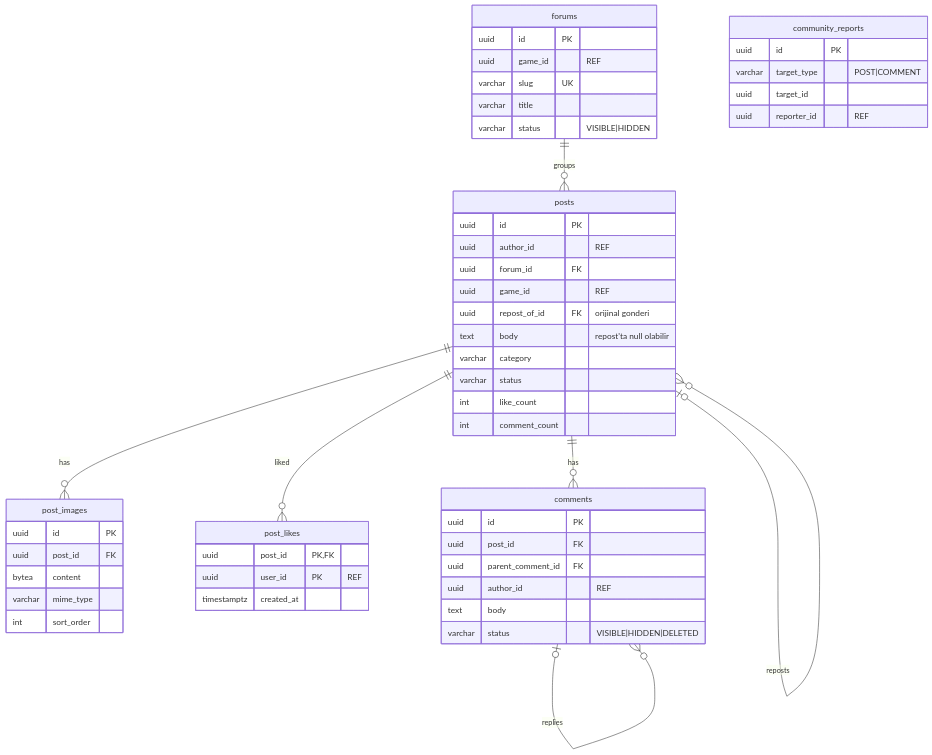
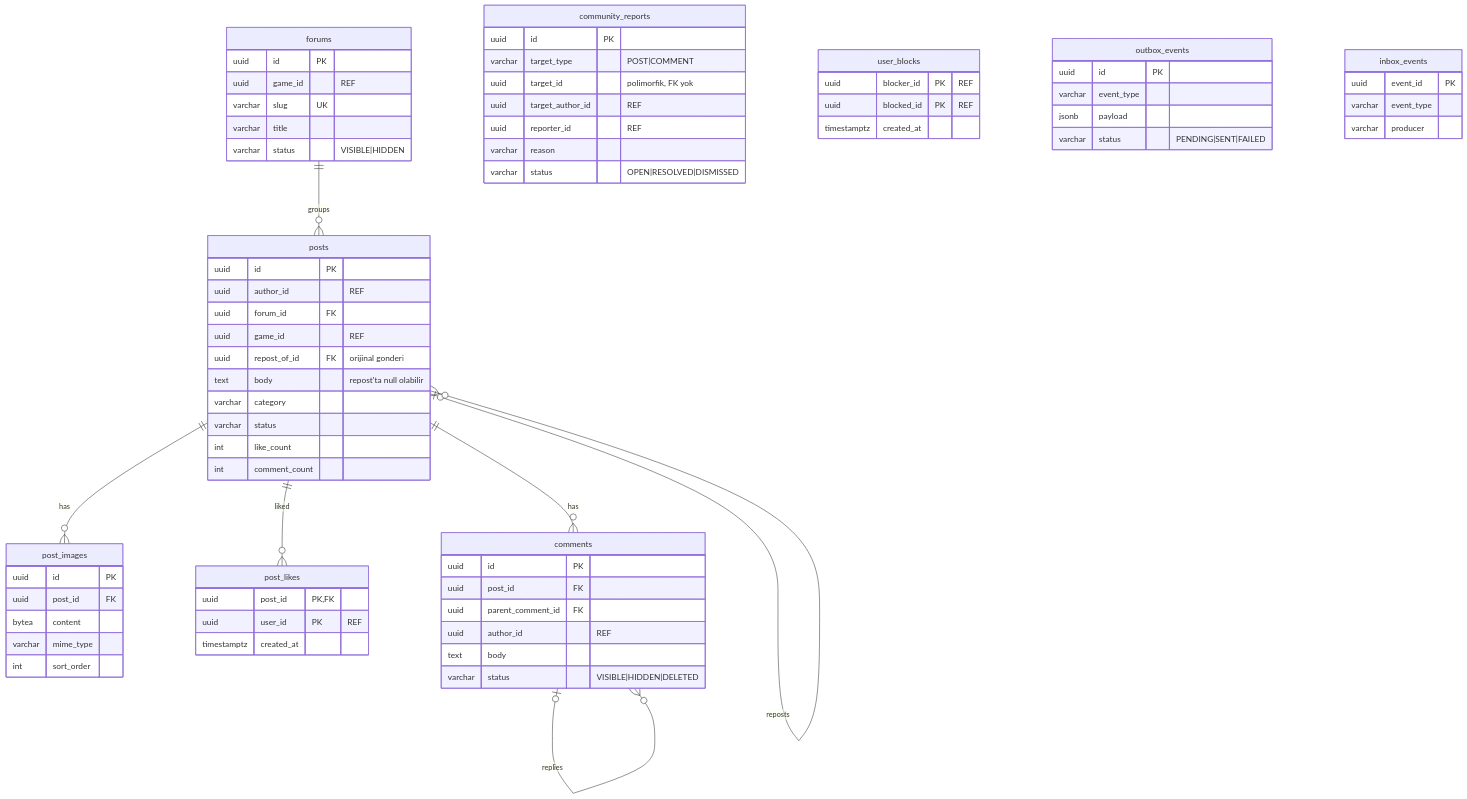
Before and after one commit to alperrte/lobbytwozero: diagram 11 of 18 in docs/er-diagram.md, drawn with Mermaid. The commit also changed 79 other files, not shown here.

````diff
--- a/docs/er-diagram.md
+++ b/docs/er-diagram.md
@@ -505,55 +505,74 @@
 ```mermaid
 erDiagram
   forums ||--o{ posts : groups
   posts ||--o{ post_images : has
   posts ||--o{ post_likes : liked
   posts ||--o{ comments : has
   comments |o--o{ comments : replies
   posts |o--o{ posts : reposts
 
   forums {
     uuid id PK
     uuid game_id "REF"
     varchar slug UK
     varchar title
     varchar status "VISIBLE|HIDDEN"
   }
   posts {
     uuid id PK
     uuid author_id "REF"
     uuid forum_id FK
     uuid game_id "REF"
     uuid repost_of_id FK "orijinal gonderi"
     text body "repost'ta null olabilir"
     varchar category
     varchar status
     int like_count
     int comment_count
   }
   post_images {
     uuid id PK
     uuid post_id FK
     bytea content
     varchar mime_type
     int sort_order
   }
   post_likes {
     uuid post_id PK,FK
     uuid user_id PK "REF"
     timestamptz created_at
   }
   comments {
     uuid id PK
     uuid post_id FK
     uuid parent_comment_id FK
     uuid author_id "REF"
     text body
     varchar status "VISIBLE|HIDDEN|DELETED"
   }
   community_reports {
     uuid id PK
     varchar target_type "POST|COMMENT"
-    uuid target_id
+    uuid target_id "polimorfik, FK yok"
+    uuid target_author_id "REF"
     uuid reporter_id "REF"
+    varchar reason
+    varchar status "OPEN|RESOLVED|DISMISSED"
+  }
+  user_blocks {
+    uuid blocker_id PK "REF"
+    uuid blocked_id PK "REF"
+    timestamptz created_at
+  }
+  outbox_events {
+    uuid id PK
+    varchar event_type
+    jsonb payload
+    varchar status "PENDING|SENT|FAILED"
+  }
+  inbox_events {
+    uuid event_id PK
+    varchar event_type
+    varchar producer
   }
 ```
````
